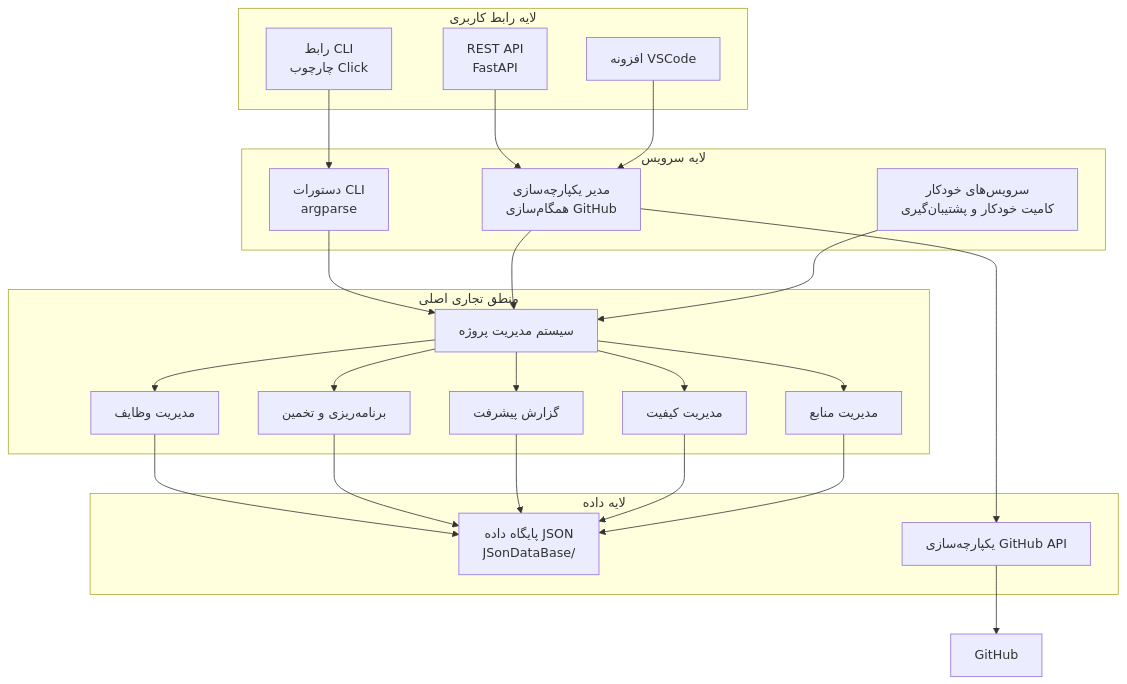
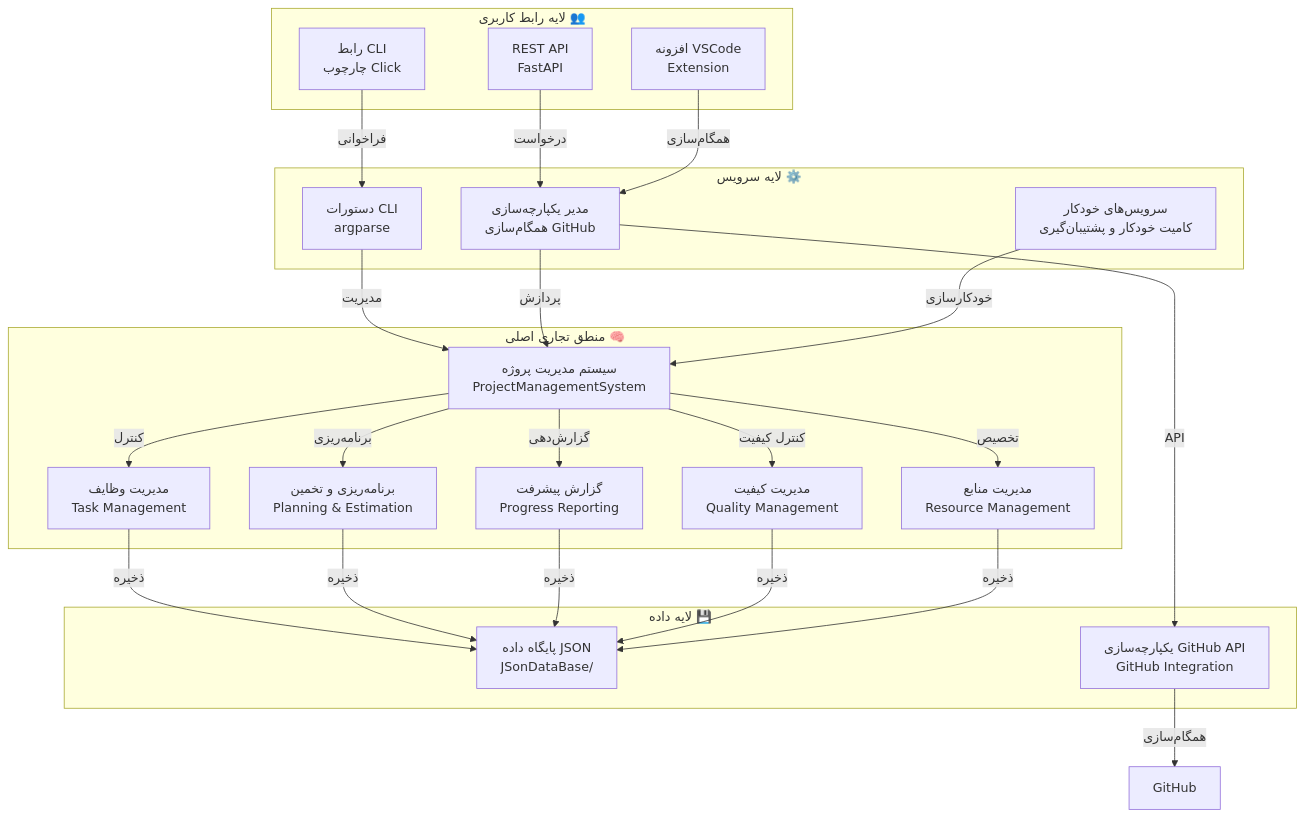
The first of 3 diagrams in Docs/entire_project/architecture/architecture_fa.md (Shakour-Data/AutoProjectManagement), drawn with Mermaid before and after one commit. The commit also changed other lines of this file, not shown here.

Commit message:
`Updated architecture documentation for AutoProjectManagement system`

````diff
--- a/Docs/entire_project/architecture/architecture_fa.md
+++ b/Docs/entire_project/architecture/architecture_fa.md
@@ -11,51 +13,53 @@
 ```mermaid
 graph TB
-    subgraph "لایه رابط کاربری"
+    direction TB
+    
+    subgraph "لایه رابط کاربری 👥"
         CLI[رابط CLI<br/>چارچوب Click]
         API[REST API<br/>FastAPI]
-        VSCode[افزونه VSCode]
+        VSCode[افزونه VSCode<br/>Extension]
     end
     
-    subgraph "لایه سرویس"
+    subgraph "لایه سرویس ⚙️"
         CLI_Services[دستورات CLI<br/>argparse]
         Integration_Services[مدیر یکپارچه‌سازی<br/>همگام‌سازی GitHub]
         Automation_Services[سرویس‌های خودکار<br/>کامیت خودکار و پشتیبان‌گیری]
     end
     
-    subgraph "منطق تجاری اصلی"
-        PMS[سیستم مدیریت پروژه]
-        Task_Mgmt[مدیریت وظایف]
-        Planning[برنامه‌ریزی و تخمین]
-        Progress[گزارش پیشرفت]
-        Quality[مدیریت کیفیت]
-        Resource[مدیریت منابع]
+    subgraph "منطق تجاری اصلی 🧠"
+        PMS[سیستم مدیریت پروژه<br/>ProjectManagementSystem]
+        Task_Mgmt[مدیریت وظایف<br/>Task Management]
+        Planning[برنامه‌ریزی و تخمین<br/>Planning & Estimation]
+        Progress[گزارش پیشرفت<br/>Progress Reporting]
+        Quality[مدیریت کیفیت<br/>Quality Management]
+        Resource[مدیریت منابع<br/>Resource Management]
     end
     
-    subgraph "لایه داده"
+    subgraph "لایه داده 💾"
         JSON_DB[پایگاه داده JSON<br/>JSonDataBase/]
-        GitHub_API[یکپارچه‌سازی GitHub API]
+        GitHub_API[یکپارچه‌سازی GitHub API<br/>GitHub Integration]
     end
     
-    CLI --> CLI_Services
-    API --> Integration_Services
-    VSCode --> Integration_Services
+    CLI -->|فراخوانی| CLI_Services
+    API -->|درخواست| Integration_Services
+    VSCode -->|همگام‌سازی| Integration_Services
     
-    CLI_Services --> PMS
-    Integration_Services --> PMS
-    Automation_Services --> PMS
+    CLI_Services -->|مدیریت| PMS
+    Integration_Services -->|پردازش| PMS
+    Automation_Services -->|خودکارسازی| PMS
     
-    PMS --> Task_Mgmt
-    PMS --> Planning
-    PMS --> Progress
-    PMS --> Quality
-    PMS --> Resource
+    PMS -->|کنترل| Task_Mgmt
+    PMS -->|برنامه‌ریزی| Planning
+    PMS -->|گزارش‌دهی| Progress
+    PMS -->|کنترل کیفیت| Quality
+    PMS -->|تخصیص| Resource
     
-    Task_Mgmt --> JSON_DB
-    Planning --> JSON_DB
-    Progress --> JSON_DB
-    Quality --> JSON_DB
-    Resource --> JSON_DB
+    Task_Mgmt -->|ذخیره| JSON_DB
+    Planning -->|ذخیره| JSON_DB
+    Progress -->|ذخیره| JSON_DB
+    Quality -->|ذخیره| JSON_DB
+    Resource -->|ذخیره| JSON_DB
     
-    Integration_Services --> GitHub_API
-    GitHub_API --> GitHub
+    Integration_Services -->|API| GitHub_API
+    GitHub_API -->|همگام‌سازی| GitHub
 ```
````
